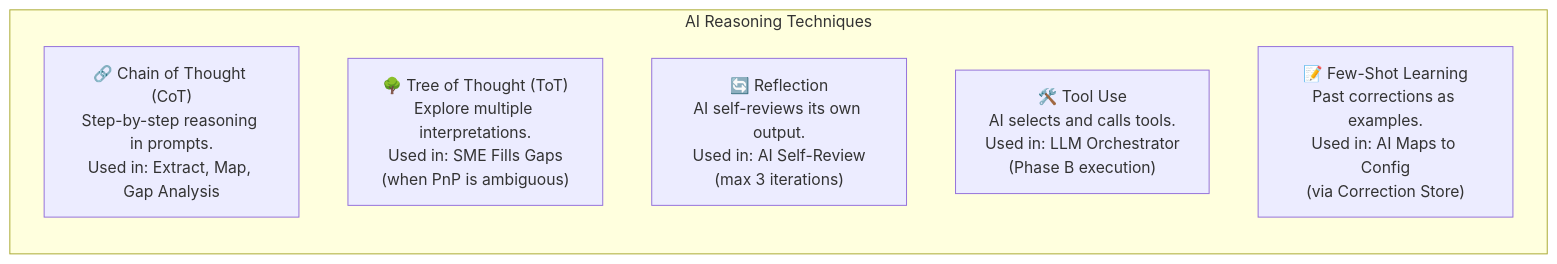
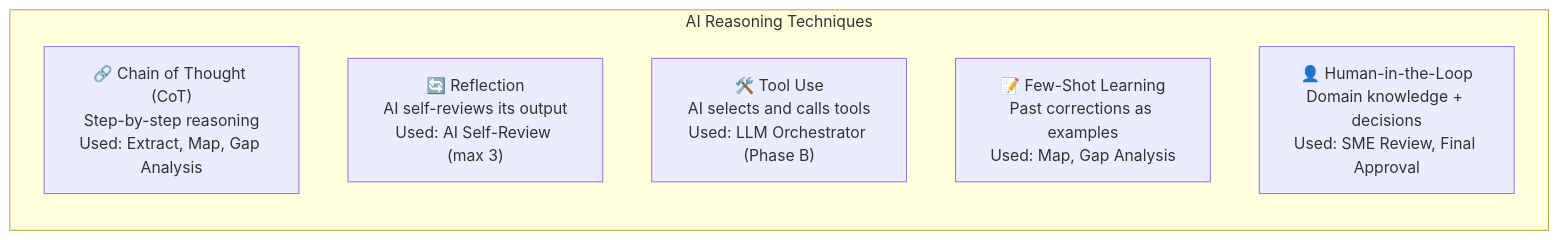
One commit to Praveen2795/Agentic-qc-automation changed the eighth of 9 diagrams in architecture-flowchart.md. Above: the diagram before and after it, drawn with Mermaid. The commit also changed other lines of this file, not shown here.

First line of the commit message:
Simplify all Mermaid flowcharts for clean rendering

````diff
--- a/architecture-flowchart.md
+++ b/architecture-flowchart.md
@@ -194,11 +201,11 @@
 ```mermaid
 flowchart LR
     subgraph TECHNIQUES["AI Reasoning Techniques"]
         direction TB
-        T1["🔗 Chain of Thought (CoT)\nStep-by-step reasoning in prompts.\nUsed in: Extract, Map, Gap Analysis"]
-        T2["🌳 Tree of Thought (ToT)\nExplore multiple interpretations.\nUsed in: SME Fills Gaps\n(when PnP is ambiguous)"]
-        T3["🔄 Reflection\nAI self-reviews its own output.\nUsed in: AI Self-Review\n(max 3 iterations)"]
-        T4["🛠️ Tool Use\nAI selects and calls tools.\nUsed in: LLM Orchestrator\n(Phase B execution)"]
-        T5["📝 Few-Shot Learning\nPast corrections as examples.\nUsed in: AI Maps to Config\n(via Correction Store)"]
+        T1["🔗 Chain of Thought (CoT)\nStep-by-step reasoning\nUsed: Extract, Map, Gap Analysis"]
+        T3["🔄 Reflection\nAI self-reviews its output\nUsed: AI Self-Review (max 3)"]
+        T4["🛠️ Tool Use\nAI selects and calls tools\nUsed: LLM Orchestrator (Phase B)"]
+        T5["📝 Few-Shot Learning\nPast corrections as examples\nUsed: Map, Gap Analysis"]
+        T6["👤 Human-in-the-Loop\nDomain knowledge + decisions\nUsed: SME Review, Final Approval"]
     end
 ```
````
